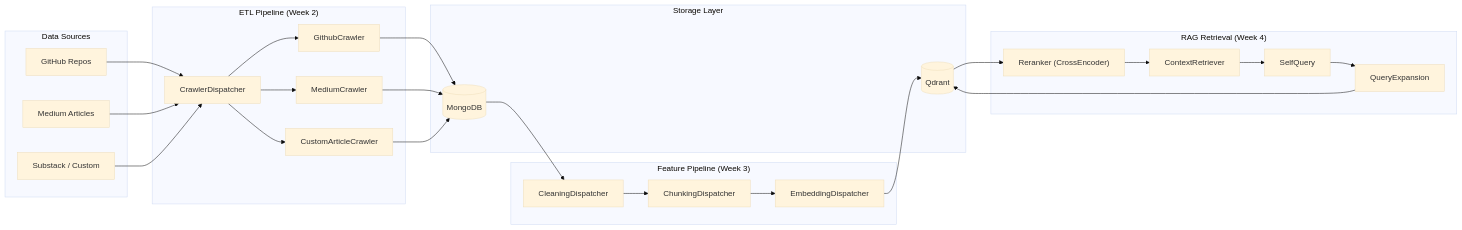
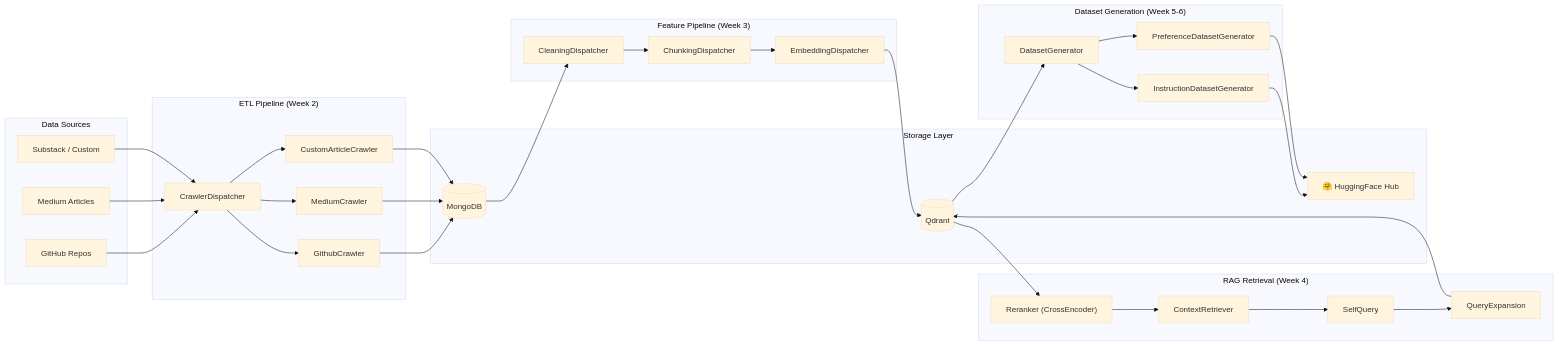
The first of 14 diagrams in README.md (sh-arka22/MoodSwarm-LLM), drawn with Mermaid (base theme) before and after one commit. The commit also changed other lines of this file and 1 other file, not shown here.

First line of the commit message:
feat: support preference datasets and update documentation

````diff
--- a/README.md
+++ b/README.md
@@ -23,43 +23,53 @@
 ```mermaid
 graph LR
     subgraph "Data Sources"
         GH["GitHub Repos"]
         MD["Medium Articles"]
         SS["Substack / Custom"]
     end
 
     subgraph "ETL Pipeline (Week 2)"
         D[CrawlerDispatcher]
         GC[GithubCrawler]
         MC[MediumCrawler]
         CC[CustomArticleCrawler]
     end
 
     subgraph "Feature Pipeline (Week 3)"
         Clean["CleaningDispatcher"]
         Chunk["ChunkingDispatcher"]
         Embed["EmbeddingDispatcher"]
     end
 
     subgraph "RAG Retrieval (Week 4)"
         CR["ContextRetriever"]
         SQ["SelfQuery"]
         QE["QueryExpansion"]
         RR["Reranker (CrossEncoder)"]
     end
 
+    subgraph "Dataset Generation (Week 5-6)"
+        DSG["DatasetGenerator"]
+        IDG["InstructionDatasetGenerator"]
+        PDG["PreferenceDatasetGenerator"]
+    end
+
     subgraph "Storage Layer"
         Mongo[(MongoDB)]
         Qdrant[(Qdrant)]
+        HF["🤗 HuggingFace Hub"]
     end
 
     GH --> D
     MD --> D
     SS --> D
     D --> GC --> Mongo
     D --> MC --> Mongo
     D --> CC --> Mongo
     Mongo --> Clean --> Chunk --> Embed --> Qdrant
     CR --> SQ --> QE --> Qdrant
     Qdrant --> RR --> CR
+    Qdrant --> DSG
+    DSG --> IDG --> HF
+    DSG --> PDG --> HF
 ```
````
